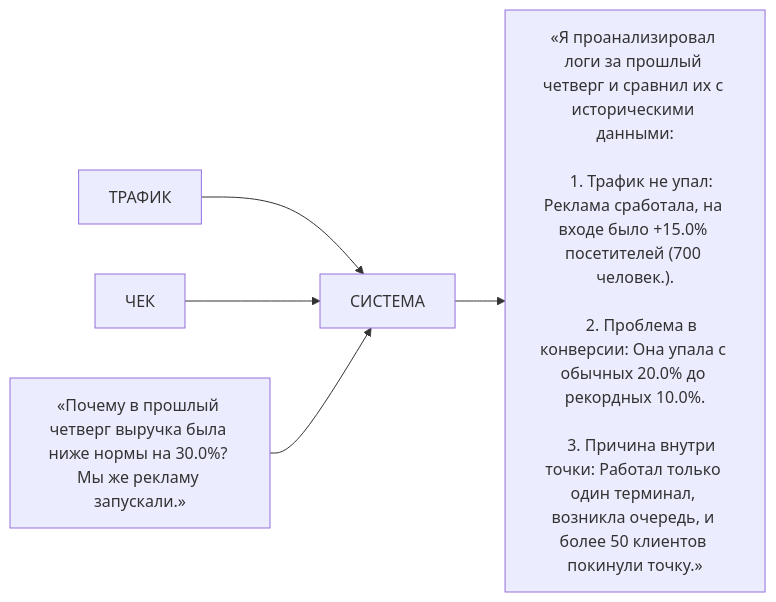
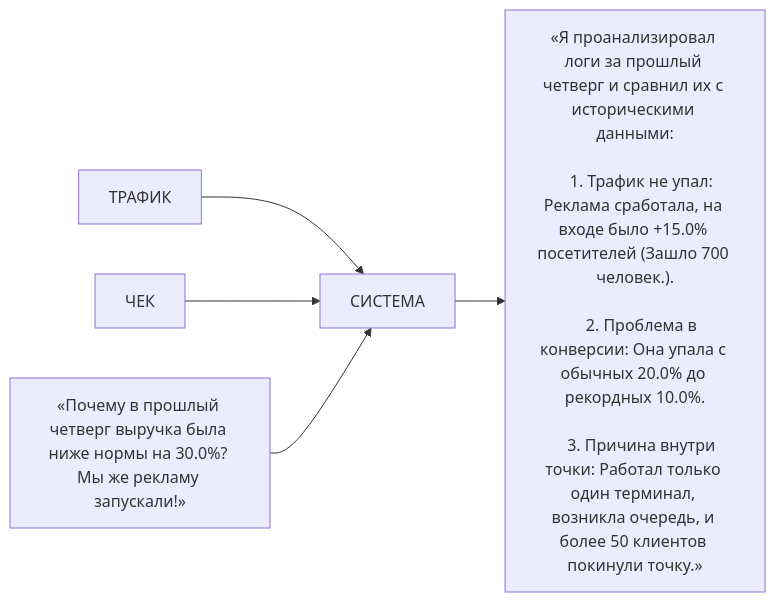
One commit to kopanevr/ProjectX changed the first of 3 diagrams in README.md. Above: the diagram before and after it, drawn with Mermaid. The commit also changed other lines of this file, not shown here.

````diff
--- a/README.md
+++ b/README.md
@@ -55,13 +55,13 @@
 ```mermaid
 flowchart LR
     T[ТРАФИК]-->S[СИСТЕМА]
     R[ЧЕК]-->S
-    Q["«Почему в прошлый четверг выручка была ниже нормы на 30.0%? Мы же рекламу запускали.»"]-->S
+    Q["«Почему в прошлый четверг выручка была ниже нормы на 30.0%? Мы же рекламу запускали!»"]-->S
     S-->A["«Я проанализировал логи за прошлый четверг и сравнил их с историческими данными:
 
-    1. Трафик не упал: Реклама сработала, на входе было +15.0% посетителей (700 человек.).
+    1. Трафик не упал: Реклама сработала, на входе было +15.0% посетителей (Зашло 700 человек.).
 
     2. Проблема в конверсии: Она упала с обычных 20.0% до рекордных 10.0%.
 
     3. Причина внутри точки: Работал только один терминал, возникла очередь, и более 50 клиентов покинули точку.»"]
 ```
````
